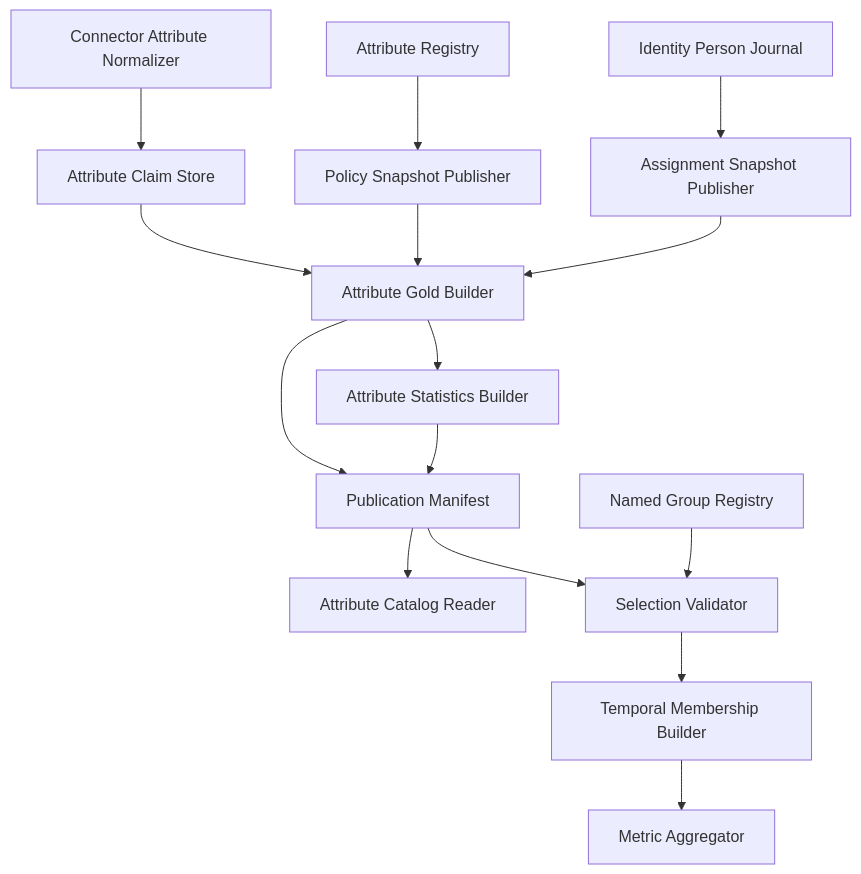
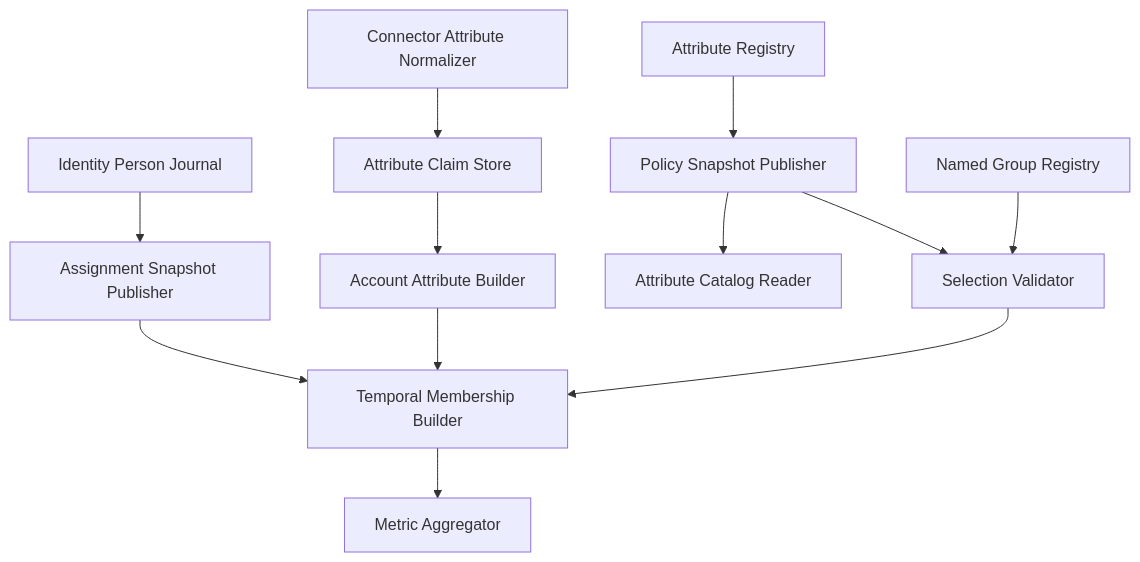
One commit to aleksdotbar/insight changed the second of 5 diagrams in docs/domain/person-attributes/specs/DESIGN.md. Above: the diagram before and after it, drawn with Mermaid. The commit also changed other lines of this file and 3 other files, not shown here.

Commit message:
docs(person-attributes): keep attribute facts account-scoped

````diff
--- a/docs/domain/person-attributes/specs/DESIGN.md
+++ b/docs/domain/person-attributes/specs/DESIGN.md
@@ -290,17 +287,14 @@
 ```mermaid
 flowchart TB
     NORMALIZER["Connector Attribute Normalizer"] --> CLAIMSTORE["Attribute Claim Store"]
     REGISTRY["Attribute Registry"] --> POLPUB["Policy Snapshot Publisher"]
     PERSONS["Identity Person Journal"] --> ASSIGNPUB["Assignment Snapshot Publisher"]
-    CLAIMSTORE --> GOLDBUILDER["Attribute Gold Builder"]
-    POLPUB --> GOLDBUILDER
-    ASSIGNPUB --> GOLDBUILDER
-    GOLDBUILDER --> STATS["Attribute Statistics Builder"]
-    GOLDBUILDER --> MANIFEST["Publication Manifest"]
-    STATS --> MANIFEST
-    MANIFEST --> CATALOG["Attribute Catalog Reader"]
-    MANIFEST --> SELECTOR["Selection Validator"]
+    CLAIMSTORE --> VALUEBUILDER["Account Attribute Builder"]
+    POLPUB --> CATALOG["Attribute Catalog Reader"]
+    POLPUB --> SELECTOR["Selection Validator"]
+    ASSIGNPUB --> MEMBERSHIP["Temporal Membership Builder"]
+    VALUEBUILDER --> MEMBERSHIP
     GROUPREG["Named Group Registry"] --> SELECTOR
-    SELECTOR --> MEMBERSHIP["Temporal Membership Builder"]
+    SELECTOR --> MEMBERSHIP
     MEMBERSHIP --> AGG["Metric Aggregator"]
 ```
````
